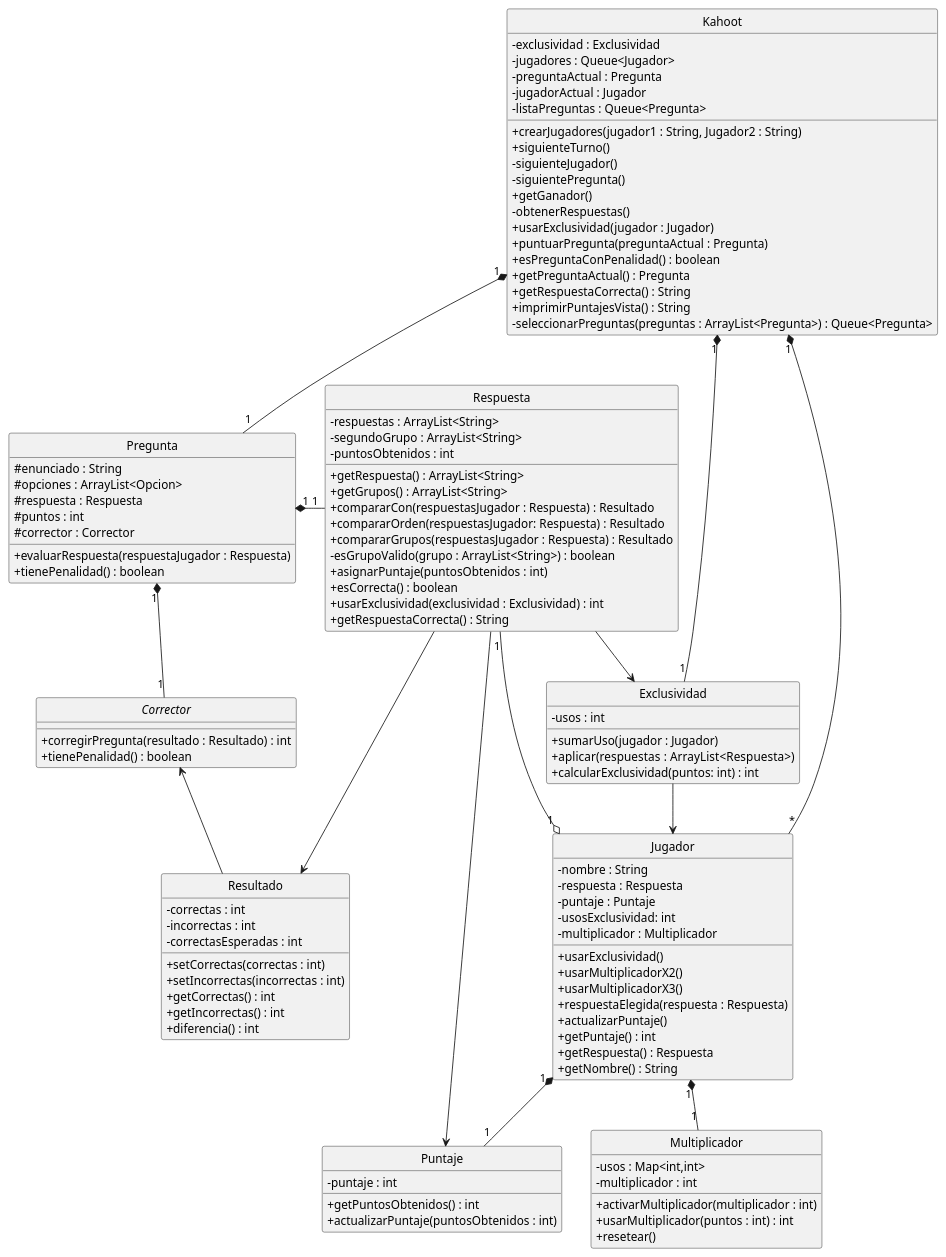
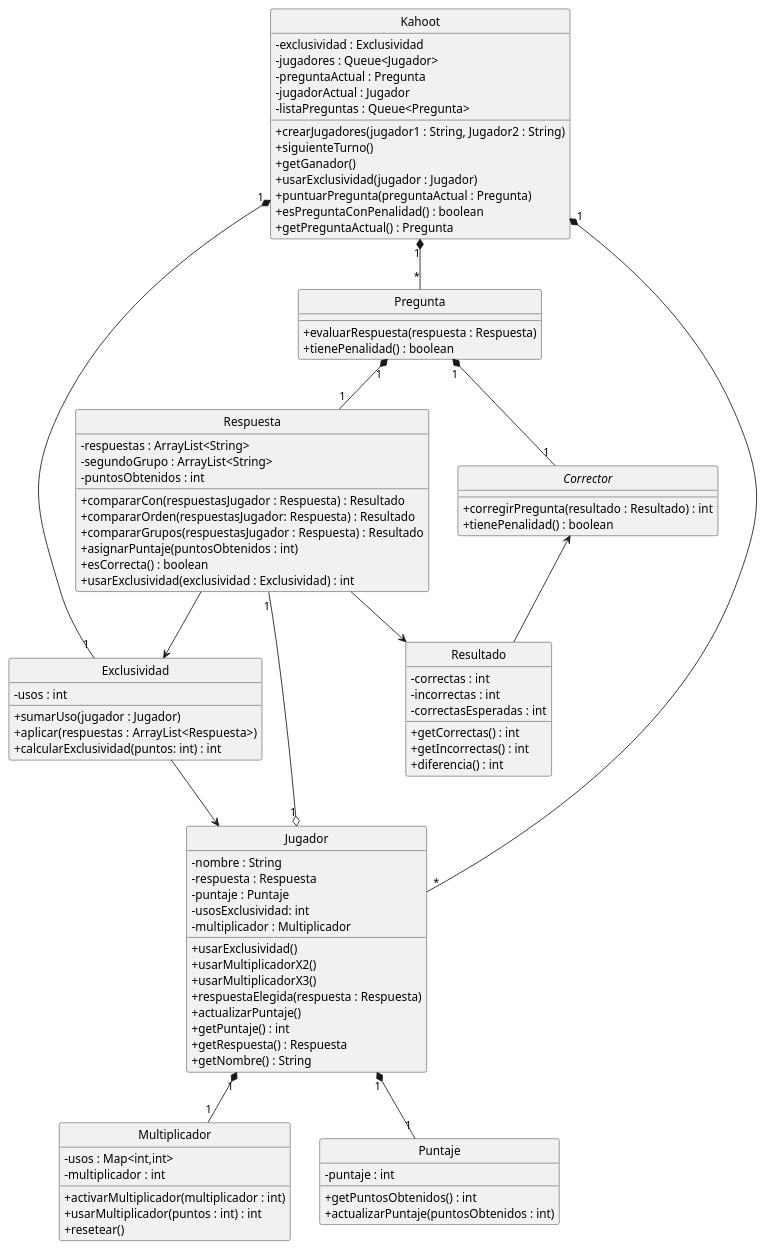
Before and after one commit to erick12m/algo3_tp2: the diagram in Diagramas/DiagramaClasesKahoot.puml, drawn with PlantUML. The commit also changed 4 other files, not shown here.

Commit message:
docs Corrijo diagrama Clases y agrego contorno al presionar grupos

```diff
--- a/Diagramas/DiagramaClasesKahoot.puml
+++ b/Diagramas/DiagramaClasesKahoot.puml
@@ -1,117 +1,98 @@
 @startuml AlgoHoot
 hide circle
 interface Corrector{
     + corregirPregunta(resultado : Resultado) : int
     + tienePenalidad() : boolean
 }
 class Jugador{
     - nombre : String
     - respuesta : Respuesta
     - puntaje : Puntaje
     - usosExclusividad: int
     - multiplicador : Multiplicador
     + usarExclusividad()
     + usarMultiplicadorX2()
     + usarMultiplicadorX3()
     + respuestaElegida(respuesta : Respuesta)
     + actualizarPuntaje()
     + getPuntaje() : int
     + getRespuesta() : Respuesta
     + getNombre() : String
 }
 class Multiplicador{
     - usos : Map<int,int>
     - multiplicador : int
     + activarMultiplicador(multiplicador : int)
     + usarMultiplicador(puntos : int) : int
     + resetear()
 }
 class Exclusividad{
     - usos : int
     + sumarUso(jugador : Jugador)
     + aplicar(respuestas :  ArrayList<Respuesta>)
     + calcularExclusividad(puntos: int) : int
 }
 class Puntaje{
     - puntaje : int
     + getPuntosObtenidos() : int
     + actualizarPuntaje(puntosObtenidos : int)
 }
 class Pregunta{
-    # enunciado : String
-    # opciones : ArrayList<Opcion>
-    # respuesta : Respuesta
-    # puntos : int
-    # corrector : Corrector
-    + evaluarRespuesta(respuestaJugador : Respuesta)
+    + evaluarRespuesta(respuesta : Respuesta)
     + tienePenalidad() : boolean
 }
 class Kahoot{
     - exclusividad : Exclusividad
     - jugadores : Queue<Jugador>
     - preguntaActual : Pregunta
     - jugadorActual : Jugador
     - listaPreguntas : Queue<Pregunta>
     + crearJugadores(jugador1 : String, Jugador2 : String)
     + siguienteTurno()
-    - siguienteJugador()
-    - siguientePregunta()
     + getGanador()
-    - obtenerRespuestas()
     + usarExclusividad(jugador : Jugador)
     + puntuarPregunta(preguntaActual : Pregunta)
     + esPreguntaConPenalidad() : boolean
     + getPreguntaActual() : Pregunta
-    + getRespuestaCorrecta() : String
-    + imprimirPuntajesVista() : String
-    - seleccionarPreguntas(preguntas : ArrayList<Pregunta>) : Queue<Pregunta>
-
 }
 class Respuesta{
     - respuestas : ArrayList<String>
     - segundoGrupo : ArrayList<String>
     - puntosObtenidos : int
-    + getRespuesta() : ArrayList<String>
-    + getGrupos() : ArrayList<String>
     + compararCon(respuestasJugador : Respuesta) : Resultado
     + compararOrden(respuestasJugador: Respuesta) : Resultado
     + compararGrupos(respuestasJugador : Respuesta) : Resultado
-    - esGrupoValido(grupo : ArrayList<String>) : boolean
     + asignarPuntaje(puntosObtenidos : int)
     + esCorrecta() : boolean
     + usarExclusividad(exclusividad : Exclusividad) : int
-    + getRespuestaCorrecta() : String
 }
 class Resultado{
     - correctas : int
     - incorrectas : int
     - correctasEsperadas : int
-    + setCorrectas(correctas : int)
-    + setIncorrectas(incorrectas : int)
     + getCorrectas() : int
     + getIncorrectas() : int
     + diferencia() : int
 }
-Pregunta "1" *-right- "1" Respuesta
+Pregunta "1" *-- "1" Respuesta
 Pregunta "1" *-- "1" Corrector
 
 Kahoot "1" *-- "*" Jugador
-Kahoot "1" *-- "1" Pregunta
+Kahoot "1" *-- "*" Pregunta
 Kahoot "1" *-- "1" Exclusividad
 
 Corrector <-- Resultado
 
 Jugador "1" o-- "1" Respuesta
 Jugador "1" *-- "1" Puntaje
 Jugador "1" *-- "1" Multiplicador
 
 
-Respuesta --> Puntaje
 Respuesta --> Resultado
 Respuesta --> Exclusividad
 
 Exclusividad --> Jugador
 
 skinparam classAttributeIconSize 0
 
 @enduml
```
